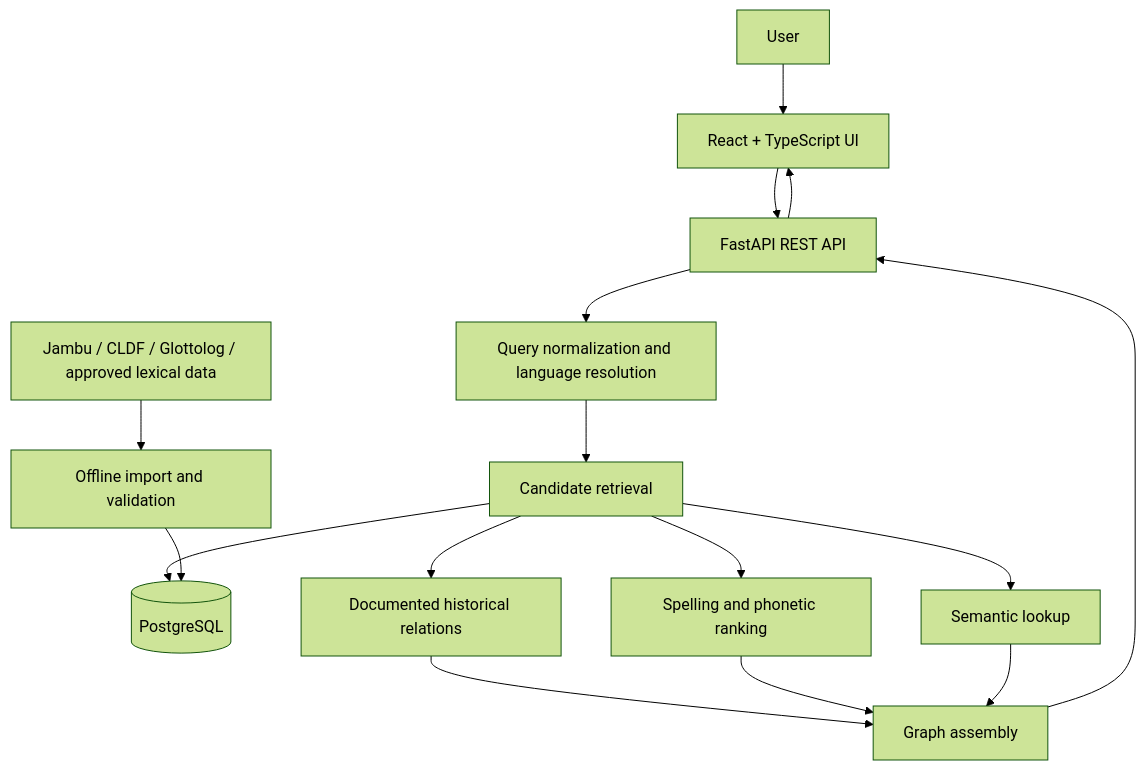
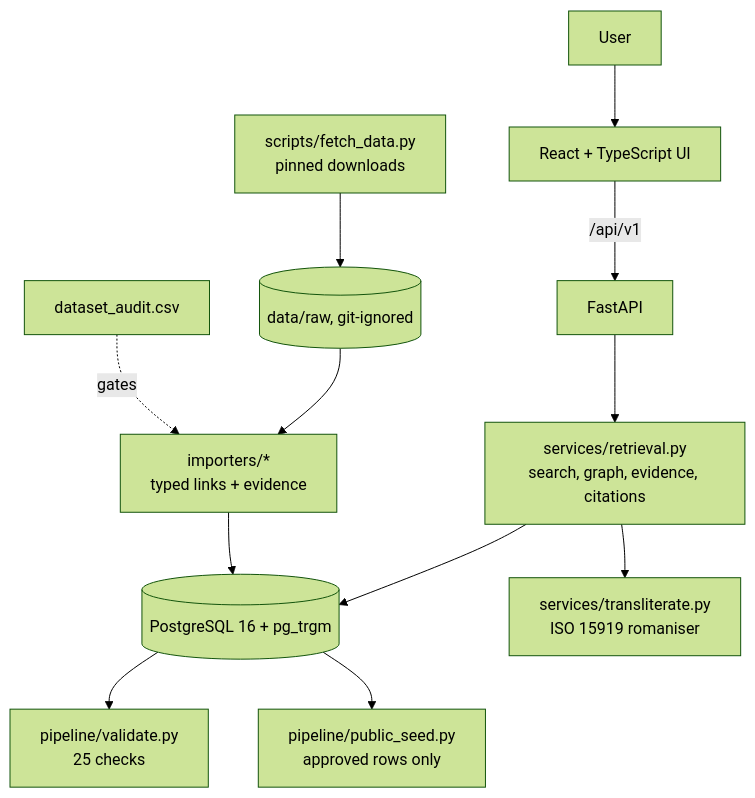
Before and after one commit to Vaidurya-s/Linguistic-DNA: the diagram in docs/TECHNICAL_ARCHITECTURE.md, drawn with Mermaid (forest theme). The commit also changed other lines of this file and 27 other files, not shown here.

First line of the commit message:
Docs sweep: figures, architecture as built, audit fixes, refreshed screenshots

````diff
--- a/docs/TECHNICAL_ARCHITECTURE.md
+++ b/docs/TECHNICAL_ARCHITECTURE.md
@@ -25,18 +22,14 @@
 ```mermaid
 flowchart TD
     U[User] --> FE[React + TypeScript UI]
-    FE --> API[FastAPI REST API]
-    API --> Q[Query normalization and language resolution]
-    Q --> RET[Candidate retrieval]
-    RET --> DB[(PostgreSQL)]
-    RET --> HIST[Documented historical relations]
-    RET --> SIM[Spelling and phonetic ranking]
-    RET --> SEM[Semantic lookup]
-    HIST --> GRAPH[Graph assembly]
-    SIM --> GRAPH
-    SEM --> GRAPH
-    GRAPH --> API
-    API --> FE
-    ING[Offline import and validation] --> DB
-    SRC[Jambu / CLDF / Glottolog / approved lexical data] --> ING
+    FE -->|/api/v1| API[FastAPI]
+    API --> RET[services/retrieval.py<br/>search, graph, evidence, citations]
+    RET --> DB[(PostgreSQL 16 + pg_trgm)]
+    RET --> TR[services/transliterate.py<br/>ISO 15919 romaniser]
+    FETCH[scripts/fetch_data.py<br/>pinned downloads] --> RAW[(data/raw, git-ignored)]
+    RAW --> IMP[importers/*<br/>typed links + evidence]
+    AUD[dataset_audit.csv] -. gates .-> IMP
+    IMP --> DB
+    DB --> VAL[pipeline/validate.py<br/>25 checks]
+    DB --> SEED[pipeline/public_seed.py<br/>approved rows only]
 ```
````
